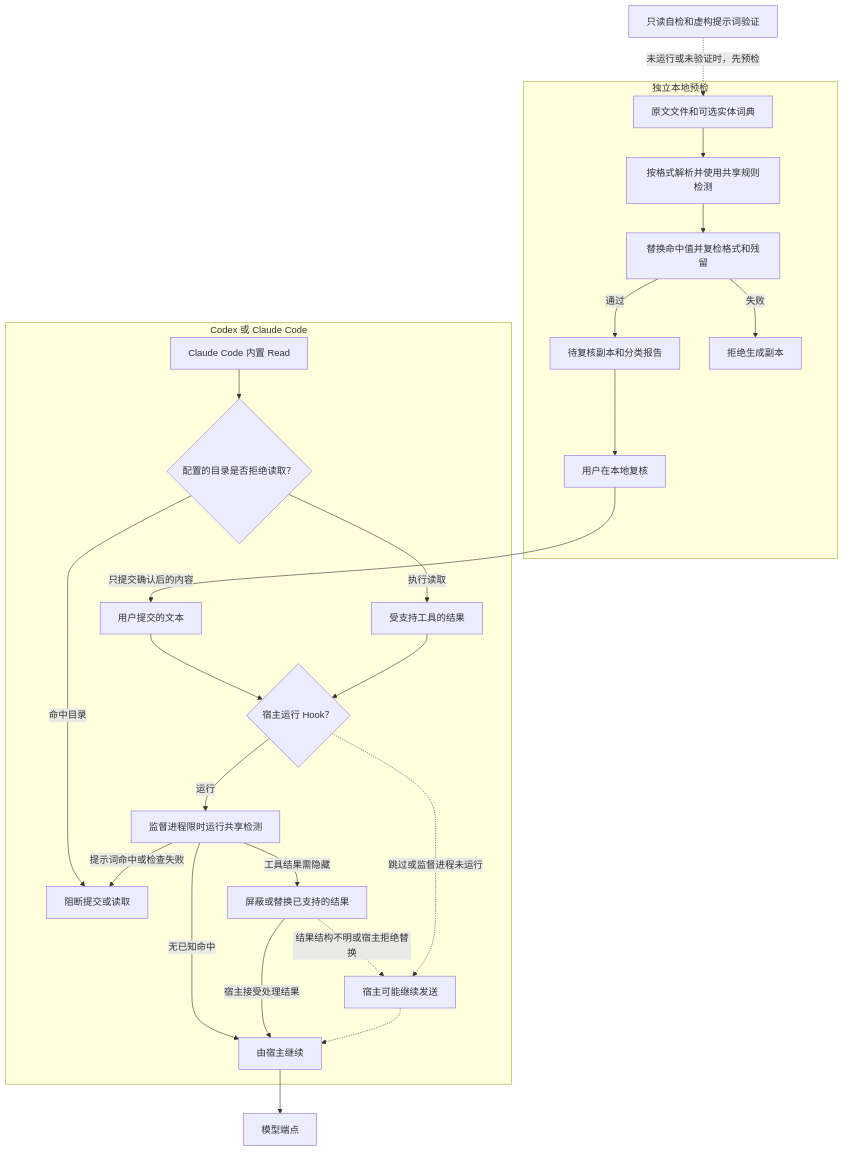
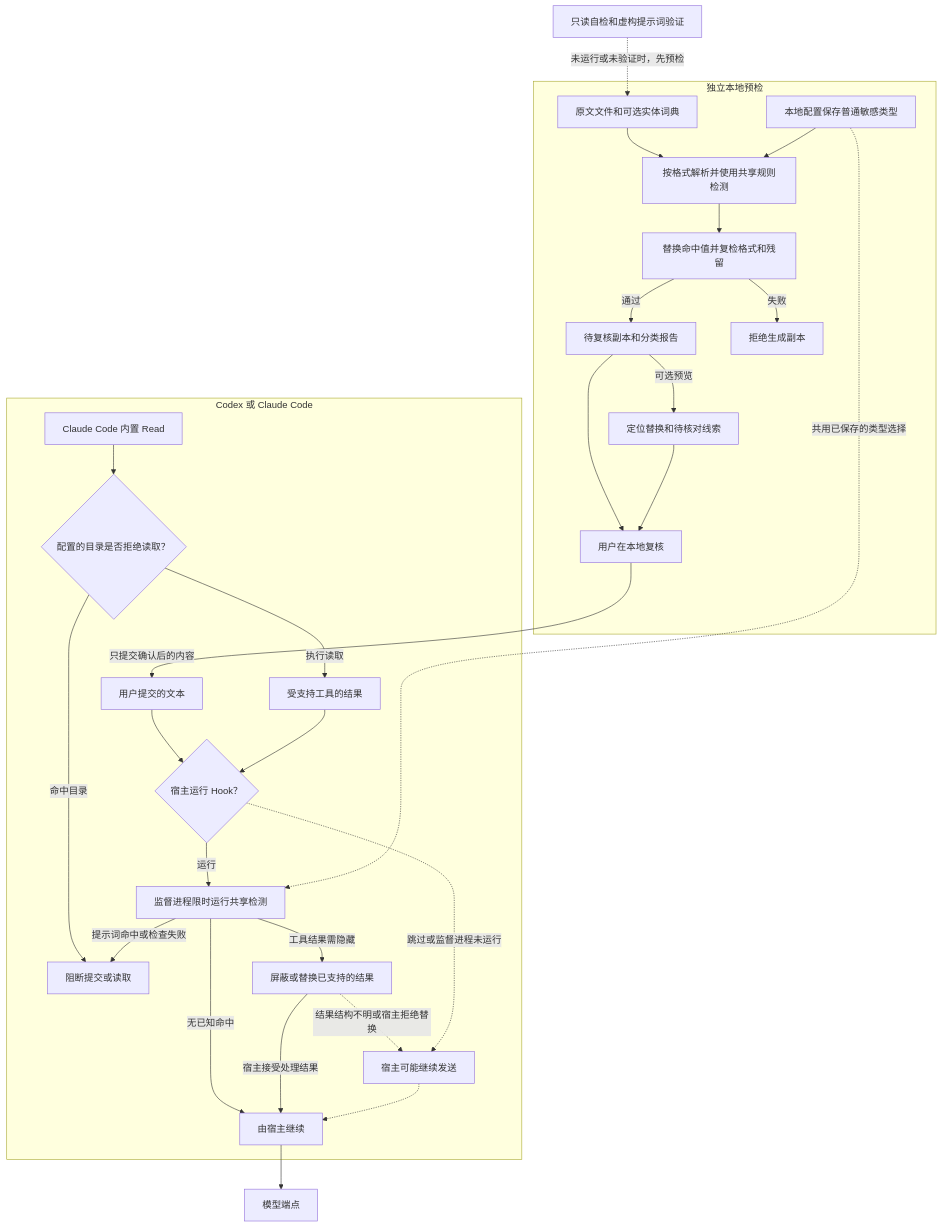
The diagram in references/architecture.md (AsherChenShi/local-privacy-sanitize), drawn with Mermaid before and after one commit. The commit also changed other lines of this file and 23 other files, not shown here.

````diff
--- a/references/architecture.md
+++ b/references/architecture.md
@@ -5,30 +5,34 @@
 ```mermaid
 flowchart TB
     subgraph Local[独立本地预检]
         Raw[原文文件和可选实体词典] --> Format[按格式解析并使用共享规则检测]
+        Policy[本地配置保存普通敏感类型] --> Format
         Format --> Verify[替换命中值并复检格式和残留]
         Verify -->|通过| Draft[待复核副本和分类报告]
         Verify -->|失败| Stop[拒绝生成副本]
         Draft --> Review[用户在本地复核]
+        Draft -->|可选预览| Preview[定位替换和待核对线索]
+        Preview --> Review
     end
 
     subgraph Host[Codex 或 Claude Code]
         Input[用户提交的文本] --> Dispatch{宿主运行 Hook？}
         Read[Claude Code 内置 Read] --> Roots{配置的目录是否拒绝读取？}
         Roots -->|命中目录| Block[阻断提交或读取]
         Roots -->|执行读取| Tool
         Tool[受支持工具的结果] --> Dispatch
         Dispatch -->|运行| Watch[监督进程限时运行共享检测]
         Watch -->|无已知命中| Ready[由宿主继续]
         Watch -->|提示词命中或检查失败| Block
         Watch -->|工具结果需隐藏| Filter[屏蔽或替换已支持的结果]
         Filter -->|宿主接受处理结果| Ready
         Filter -.->|结果结构不明或宿主拒绝替换| Gap
         Dispatch -.->|跳过或监督进程未运行| Gap[宿主可能继续发送]
         Gap -.-> Ready
     end
 
+    Policy -.->|共用已保存的类型选择| Watch
     Review -->|只提交确认后的内容| Input
     Status[只读自检和虚构提示词验证] -.->|未运行或未验证时，先预检| Raw
     Ready --> Model[模型端点]
 ```
````
